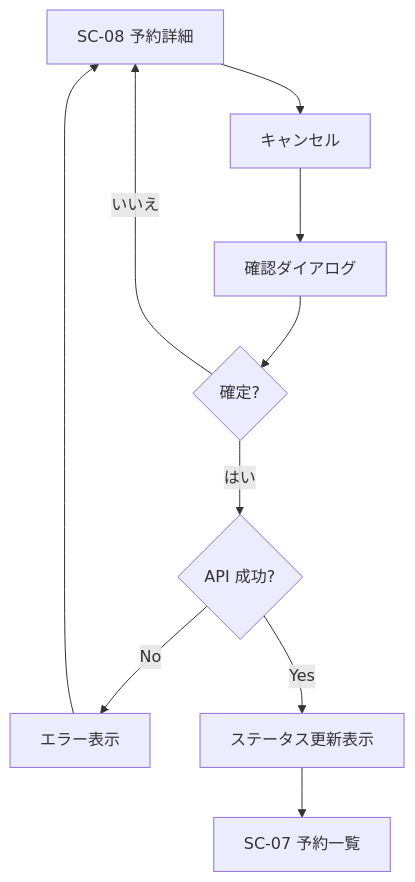
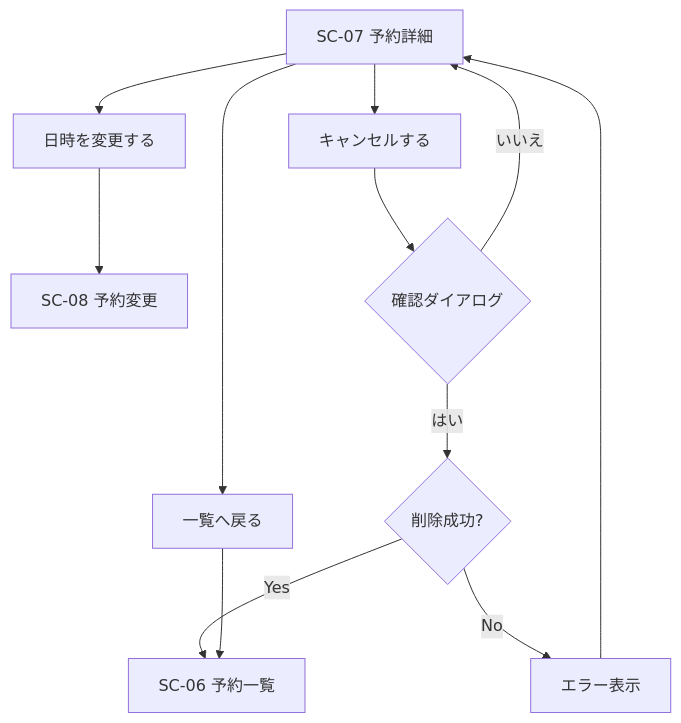
Before and after one commit to ryoga0/Calendar: the sixth of 8 diagrams in docs/04_画面フロー図.md, drawn with Mermaid. The commit also changed other lines of this file and 50 other files, not shown here.

````diff
--- a/docs/04_画面フロー図.md
+++ b/docs/04_画面フロー図.md
@@ -137,12 +130,14 @@
 ```mermaid
 flowchart TD
-  P[SC-08 予約詳細] --> X[キャンセル]
-  X --> Y[確認ダイアログ]
-  Y --> Z{確定?}
-  Z -->|いいえ| P
-  Z -->|はい| AA{API 成功?}
-  AA -->|No| AB[エラー表示]
-  AB --> P
-  AA -->|Yes| AC[ステータス更新表示]
-  AC --> AD[SC-07 予約一覧]
+  A[SC-07 予約詳細] --> B[日時を変更する]
+  A --> C[キャンセルする]
+  A --> D[一覧へ戻る]
+  B --> E[SC-08 予約変更]
+  C --> F{確認ダイアログ}
+  F -->|いいえ| A
+  F -->|はい| G{削除成功?}
+  G -->|Yes| H[SC-06 予約一覧]
+  G -->|No| I[エラー表示]
+  I --> A
+  D --> H
 ```
````
